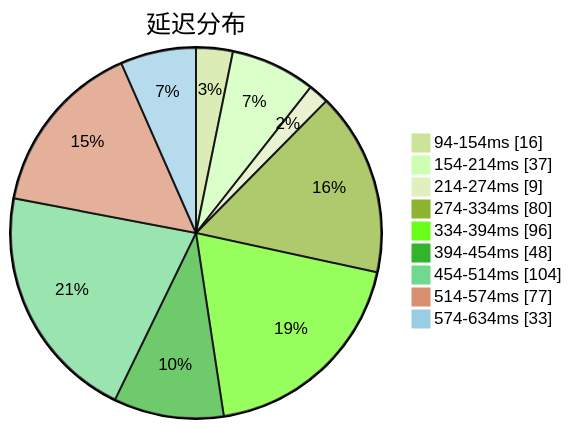
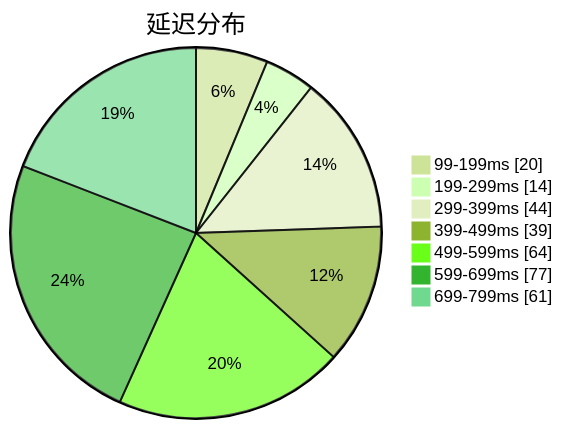
Before and after one commit to sinspired/airport: the first of 3 diagrams in subs/statistics/tested_within.md, drawn with Mermaid (forest theme). The commit also changed other lines of this file and 2 other files, not shown here.

````diff
--- a/subs/statistics/tested_within.md
+++ b/subs/statistics/tested_within.md
@@ -2,13 +2,11 @@
 ```mermaid
 pie showData
 title 延迟分布
-"94-154ms" : 16
-"154-214ms" : 37
-"214-274ms" : 9
-"274-334ms" : 80
-"334-394ms" : 96
-"394-454ms" : 48
-"454-514ms" : 104
-"514-574ms" : 77
-"574-634ms" : 33
+"99-199ms" : 20
+"199-299ms" : 14
+"299-399ms" : 44
+"399-499ms" : 39
+"499-599ms" : 64
+"599-699ms" : 77
+"699-799ms" : 61
 ```
````
